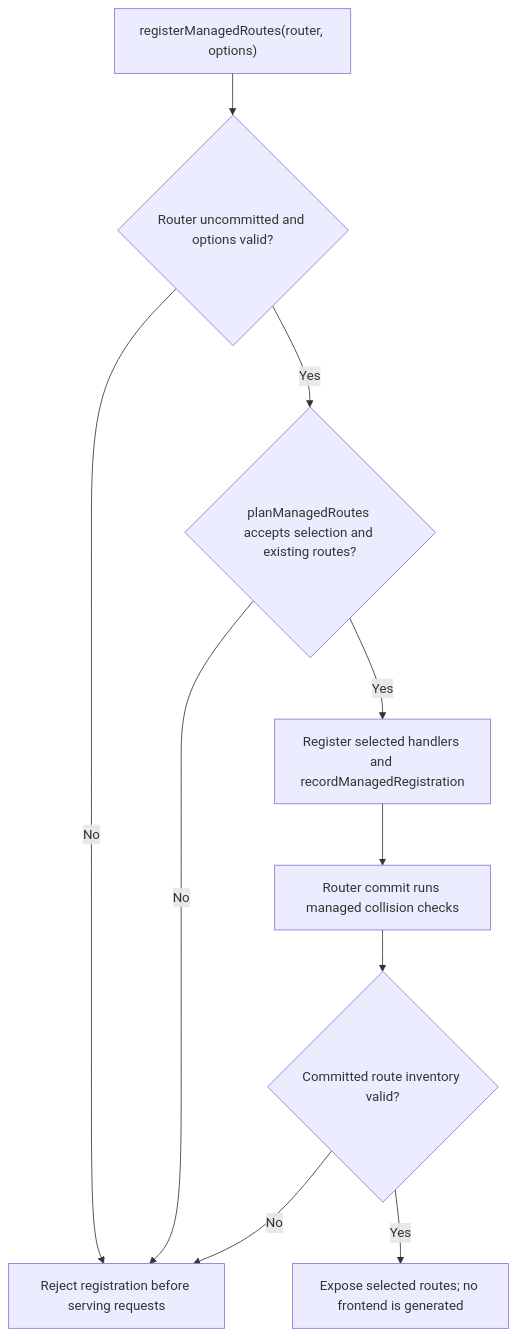
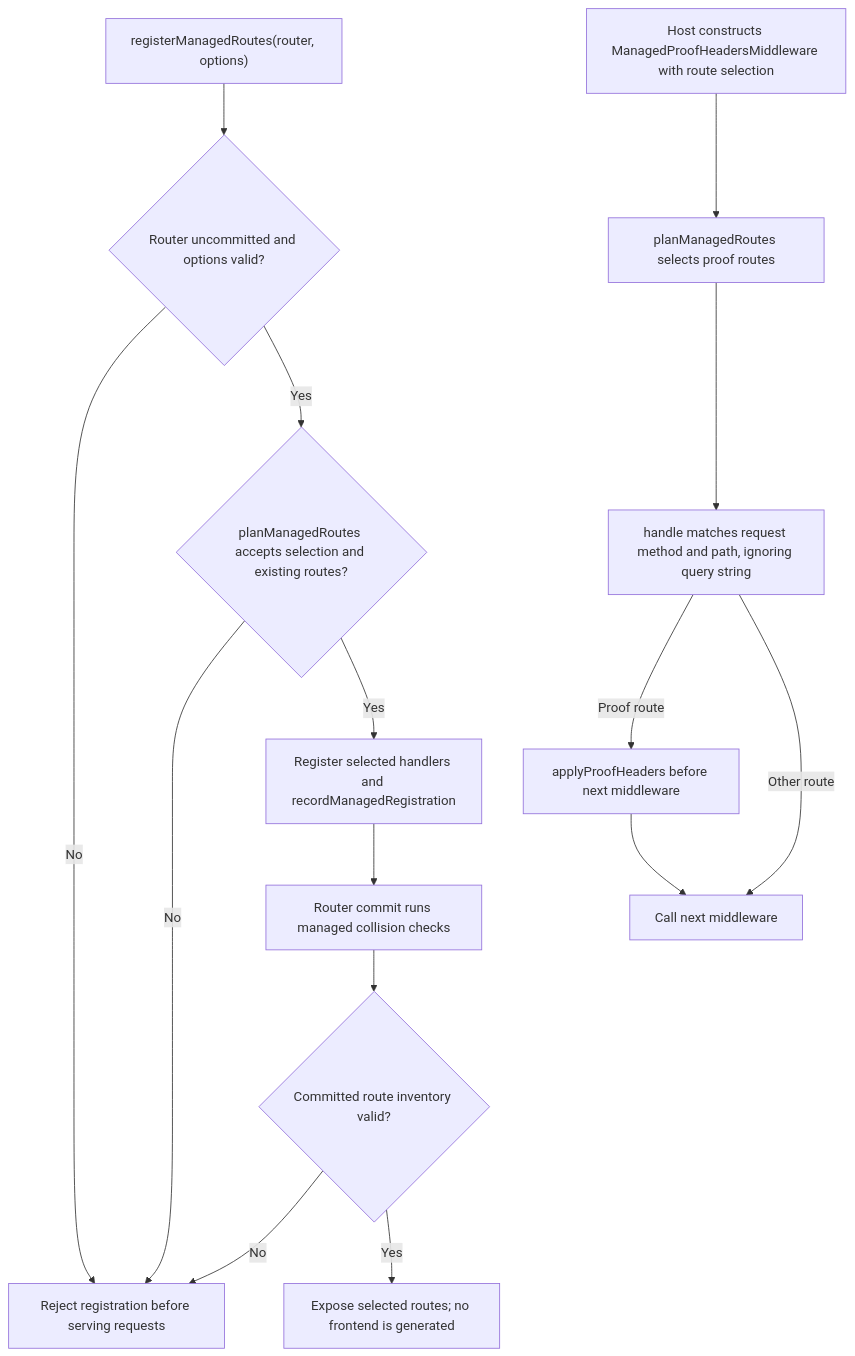
The second of 2 diagrams in user-stories/US-ACCOUNT-29-mount-managed-routes.md (Kevinjohn/oss-adonisjs-account-kit), drawn with Mermaid before and after one commit. The commit also changed other lines of this file and 16 other files, not shown here.

````diff
--- a/user-stories/US-ACCOUNT-29-mount-managed-routes.md
+++ b/user-stories/US-ACCOUNT-29-mount-managed-routes.md
@@ -32,12 +34,17 @@
 ```mermaid
 flowchart TD
  A["registerManagedRoutes(router, options)"] --> B{"Router uncommitted and options valid?"}
  B -->|No| F
  B -->|Yes| C{"planManagedRoutes accepts selection and existing routes?"}
  C -->|No| F["Reject registration before serving requests"]
  C -->|Yes| H["Register selected handlers and recordManagedRegistration"]
  H --> D["Router commit runs managed collision checks"]
  D --> E{"Committed route inventory valid?"}
  E -->|No| F["Reject registration before serving requests"]
  E -->|Yes| G["Expose selected routes; no frontend is generated"]
+ P["Host constructs ManagedProofHeadersMiddleware with route selection"] --> Q["planManagedRoutes selects proof routes"]
+ Q --> R["handle matches request method and path, ignoring query string"]
+ R -->|Proof route| S["applyProofHeaders before next middleware"]
+ R -->|Other route| T["Call next middleware"]
+ S --> T
 ```
````
